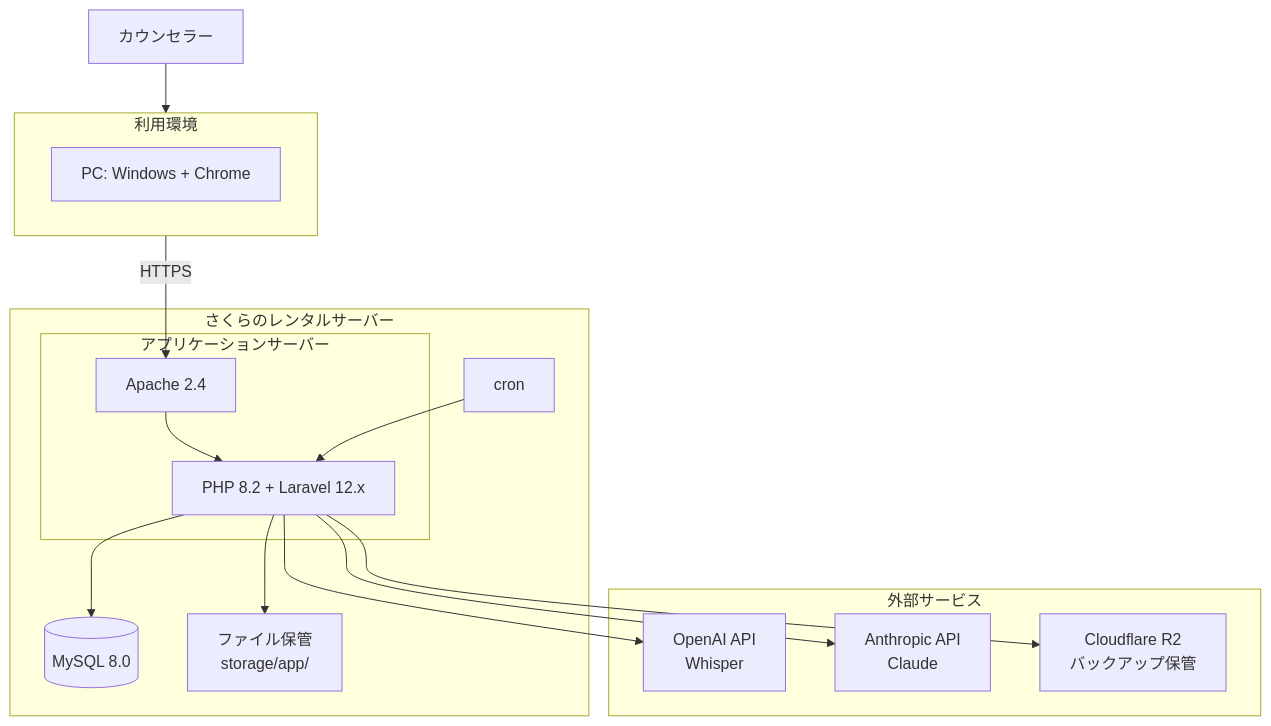
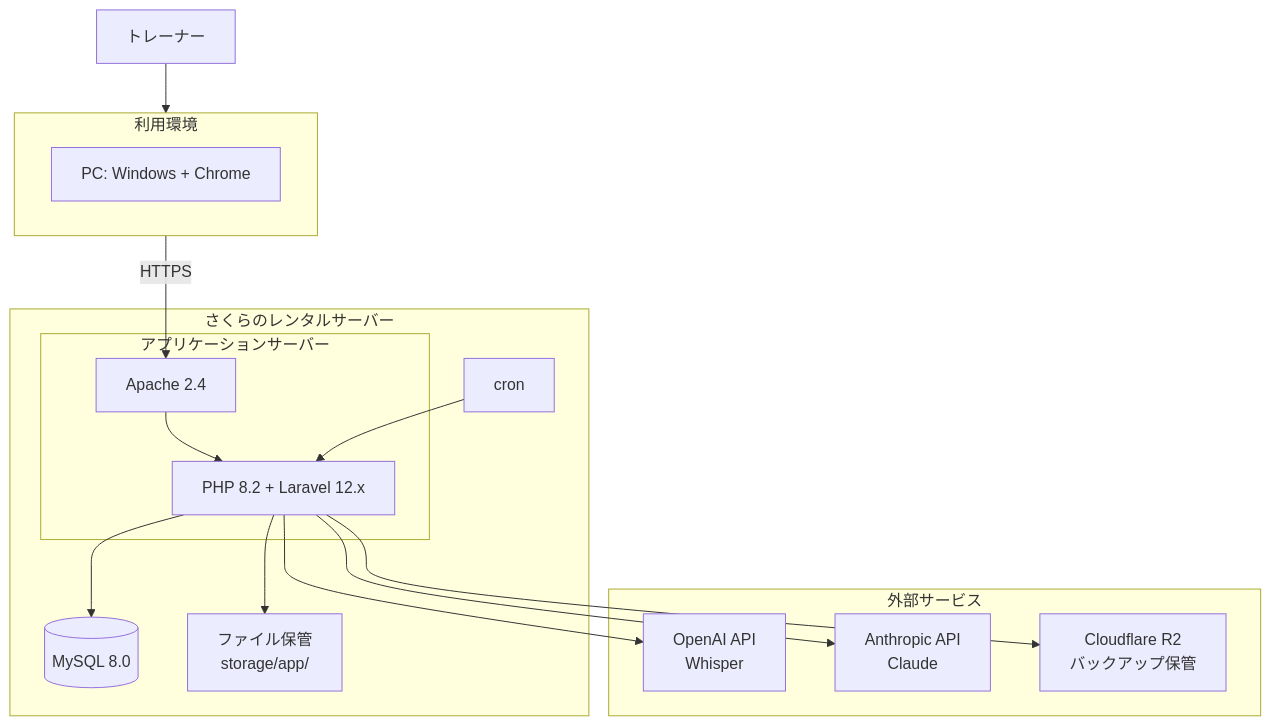
One commit to y-ouchi-inmylife/training-record-system changed the diagram in docs/architecture.md. Above: the diagram before and after it, drawn with Mermaid. The commit also changed other lines of this file and 3 other files, not shown here.

````diff
--- a/docs/architecture.md
+++ b/docs/architecture.md
@@ -14,35 +14,35 @@
 ```mermaid
 flowchart TD
-    User[カウンセラー]
+    User[トレーナー]
     
     subgraph UserEnv["利用環境"]
         PC[PC: Windows + Chrome]
     end
 
     subgraph Sakura["さくらのレンタルサーバー"]
         subgraph AppServer["アプリケーションサーバー"]
             Web[Apache 2.4]
             App[PHP 8.2 + Laravel 12.x]
         end
         Cron[cron]
         DB[(MySQL 8.0)]
         LocalFile[ファイル保管<br/>storage/app/]
     end
 
     subgraph External["外部サービス"]
         OpenAI[OpenAI API<br/>Whisper]
         Anthropic[Anthropic API<br/>Claude]
         R2[Cloudflare R2<br/>バックアップ保管]
     end
 
     User --> UserEnv
     UserEnv -->|HTTPS| Web
     Web --> App
     Cron --> App
     App --> DB
     App --> LocalFile
 
     App --> OpenAI
     App --> Anthropic
     App --> R2
 ```
````
